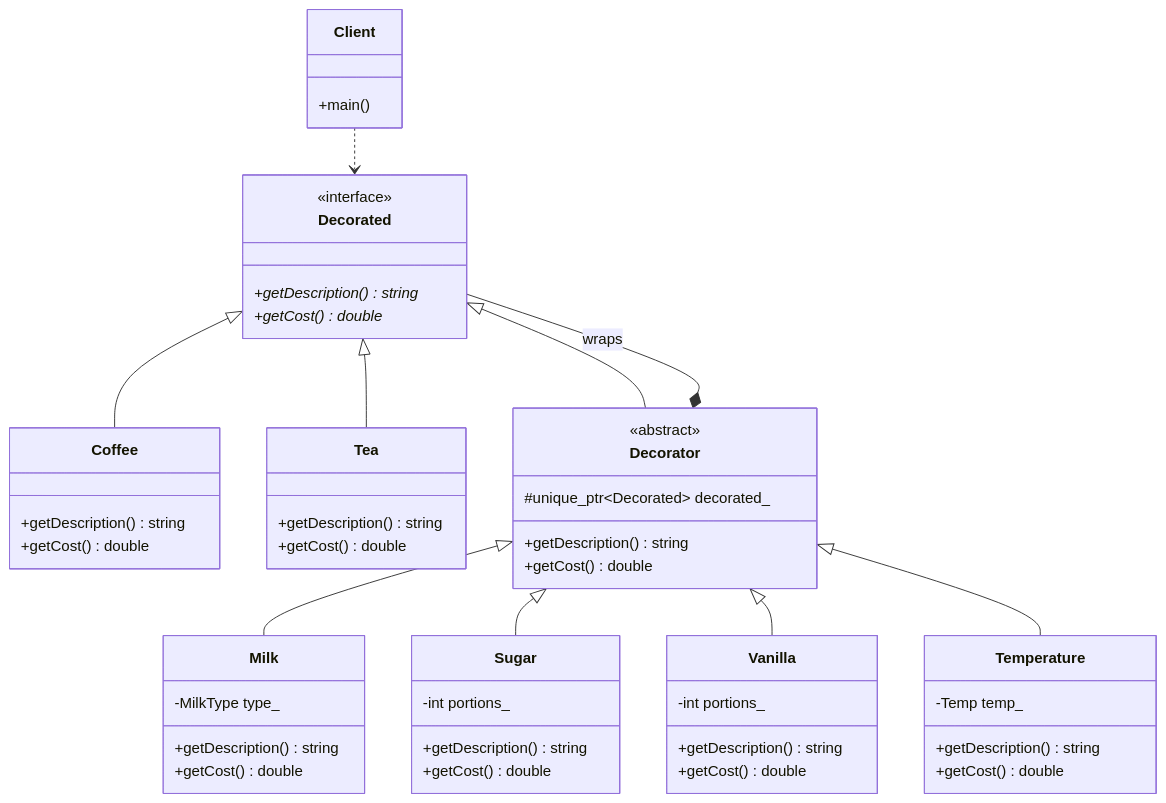
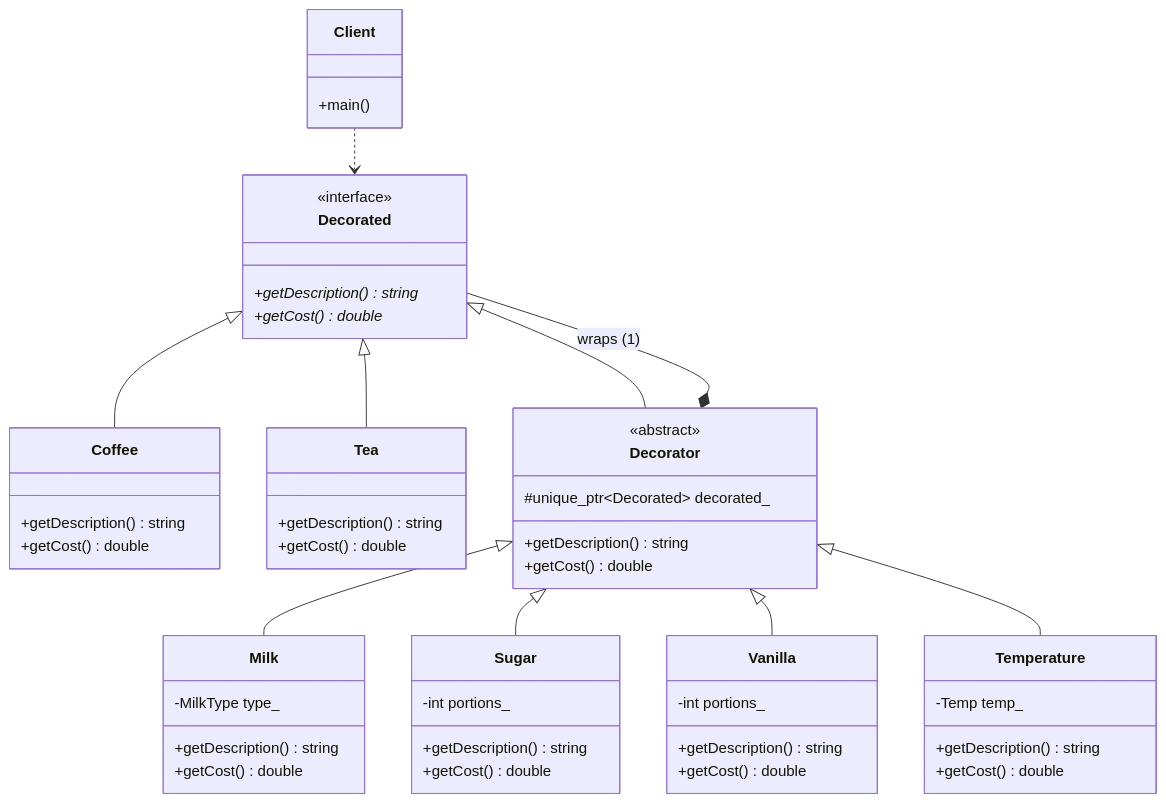
The diagram in 11_Decorator/Advanced/diagram.md (Cichlidfishexigency721/Modern-CPP-Design-Patterns), drawn with Mermaid before and after one commit.

Commit message:
UML improvement

````diff
--- a/11_Decorator/Advanced/diagram.md
+++ b/11_Decorator/Advanced/diagram.md
@@ -3,69 +3,69 @@
 ```mermaid
 classDiagram
    class Decorated {
       <<interface>>
       +getDescription()* string
       +getCost()* double
    }
 
    class Coffee {
       +getDescription() string
       +getCost() double
    }
 
    class Tea {
       +getDescription() string
       +getCost() double
    }
 
    class Decorator {
       <<abstract>>
       #unique_ptr~Decorated~ decorated_
       +getDescription() string
       +getCost() double
    }
 
    class Milk {
       -MilkType type_
       +getDescription() string
       +getCost() double
    }
 
    class Sugar {
       -int portions_
       +getDescription() string
       +getCost() double
    }
 
    class Vanilla {
       -int portions_
       +getDescription() string
       +getCost() double
    }
 
    class Temperature {
       -Temp temp_
       +getDescription() string
       +getCost() double
    }
 
    class Client {
       +main()
    }
 
    %% Inheritance (Is_a) - No numbers
    Decorated <|-- Coffee
    Decorated <|-- Tea
    Decorated <|-- Decorator
    Decorator <|-- Milk
    Decorator <|-- Sugar
    Decorator <|-- Vanilla
    Decorator <|-- Temperature
 
    %% The "Is a" and "Has a" core logic
    %% Composition (Has_a) - Multiplicity "1" at the end
-   Decorator *-- Decorated : wraps
+   Decorator *-- Decorated : wraps (1)
 
    %% Dependency - No numbers
    Client ..> Decorated
 ```
````
